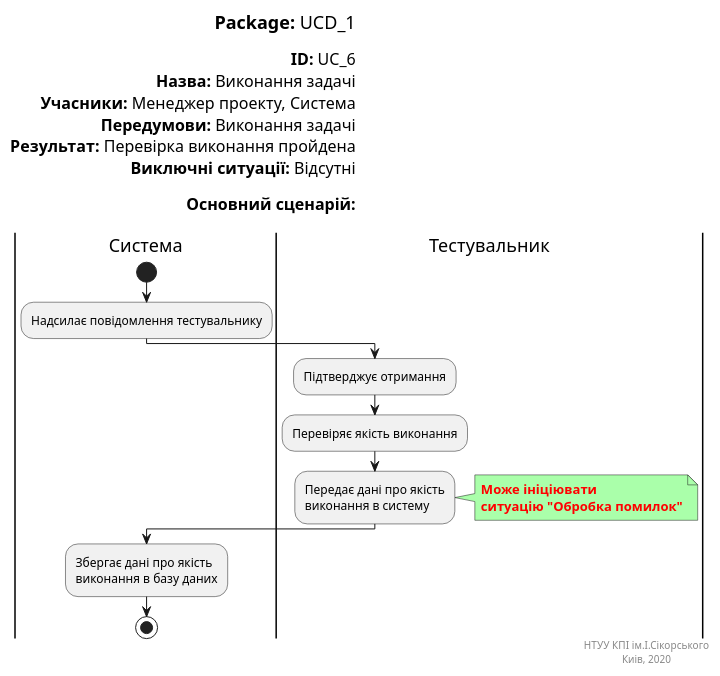
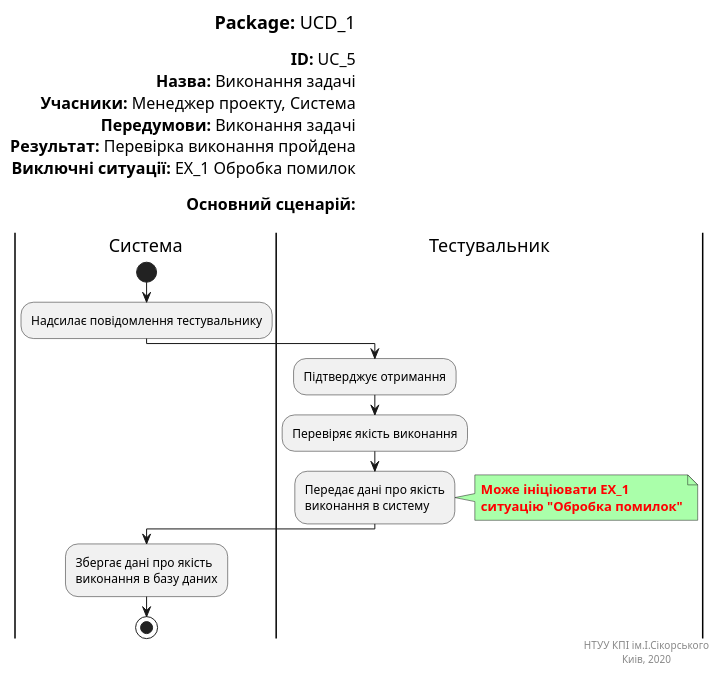
One commit to Jirobus/Core changed the diagram in docs/puml/handleResult.puml. Above: the diagram before and after it, drawn with PlantUML.

```diff
--- a/docs/puml/handleResult.puml
+++ b/docs/puml/handleResult.puml
@@ -1,39 +1,39 @@
-@startuml
+@startuml handleResult
 left header
 <font color=000 size=18><b>Package:</b> UCD_1
 
-<font color=000 size=16><b>ID:</b> UC_6
+<font color=000 size=16><b>ID:</b> UC_5
 <font color=000 size=16><b>Назва:</b> Виконання задачі
 <font color=000 size=16><b>Учасники:</b> Менеджер проекту, Система
 <font color=000 size=16><b>Передумови:</b> Виконання задачі
 <font color=000 size=16><b>Результат:</b> Перевірка виконання пройдена
-<font color=000 size=16><b>Виключні ситуації:</b> Відсутні
+<font color=000 size=16><b>Виключні ситуації:</b> EX_1 Обробка помилок
 
 <font color=000 size=16><b>Основний сценарій:</b> 
 
 end header
 
 |Система|
 start
 :Надсилає повідомлення тестувальнику;
 
 |Тестувальник|
 :Підтверджує отримання;
 :Перевіряє якість виконання;
 :Передає дані про якість
 виконання в систему;
 note right #aaffaa
-<font color=red><b>Може ініціювати
+<font color=red><b>Може ініціювати EX_1
 <font color=red><b>ситуацію "Обробка помилок"
 end note
 
 |Система|
 :Збергає дані про якість
 виконання в базу даних;
 stop
 
 right footer
 НТУУ КПІ ім.І.Сікорського
 Киів, 2020 
 end footer
 @enduml
```
